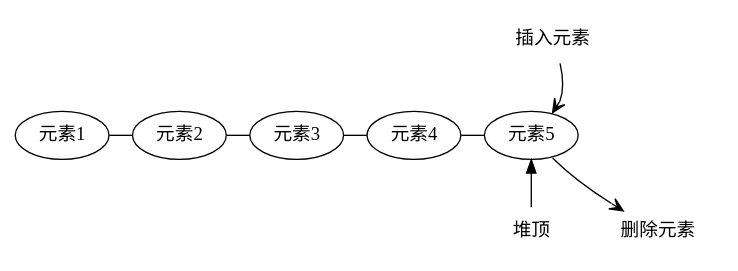
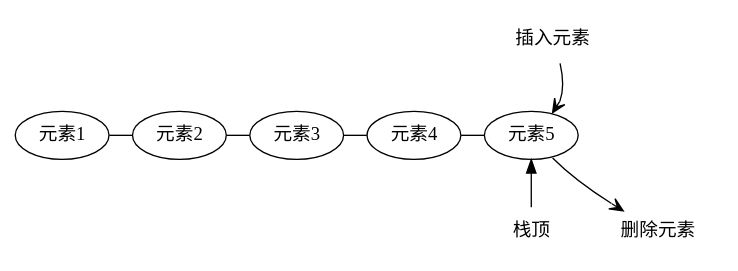
Diagram 31 of 31 in src/第一章-线性结构.md (xavierwoo/data_structrues_notes), drawn with Graphviz before and after one commit. The commit also changed 1 other file, not shown here.

Commit message:
栈图的错误

````diff
--- a/src/第一章-线性结构.md
+++ b/src/第一章-线性结构.md
@@ -1438,26 +1438,26 @@
 ```dot
 digraph G{
 
     元素1->元素2[ arrowhead=none constraint = false]
     元素2->元素3[ arrowhead=none constraint = false]
     元素3->元素4[ arrowhead=none constraint = false]
     元素4->元素5[ arrowhead=none constraint = false]
 
     rank=same{
         元素1,元素2,元素3,元素4,元素5
     }
-    T[label="堆顶" color=white]
+    T[label="栈顶" color=white]
 
     T -> 元素5 [weight=100]
 
     PUSH[label="插入元素" color=white]
     POP [label="删除元素" color=white]
 
     rank=same{
         T,POP
     }
 
     PUSH -> 元素5:ne [arrowhead=vee]
     元素5:se -> POP [arrowhead=vee]
 }
 ```
````
